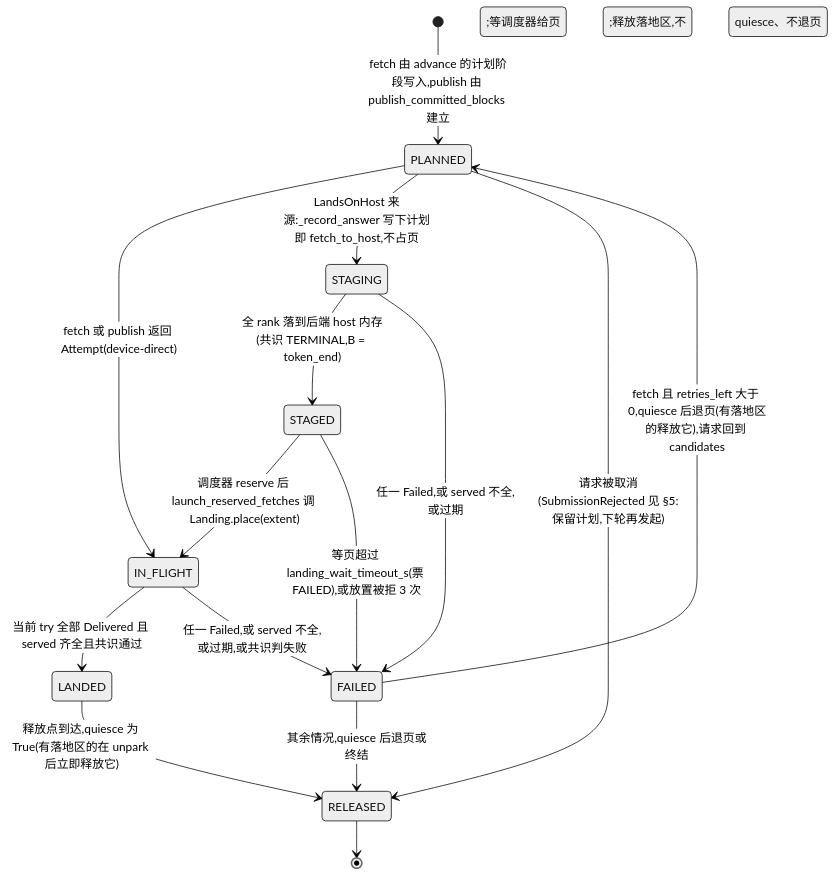
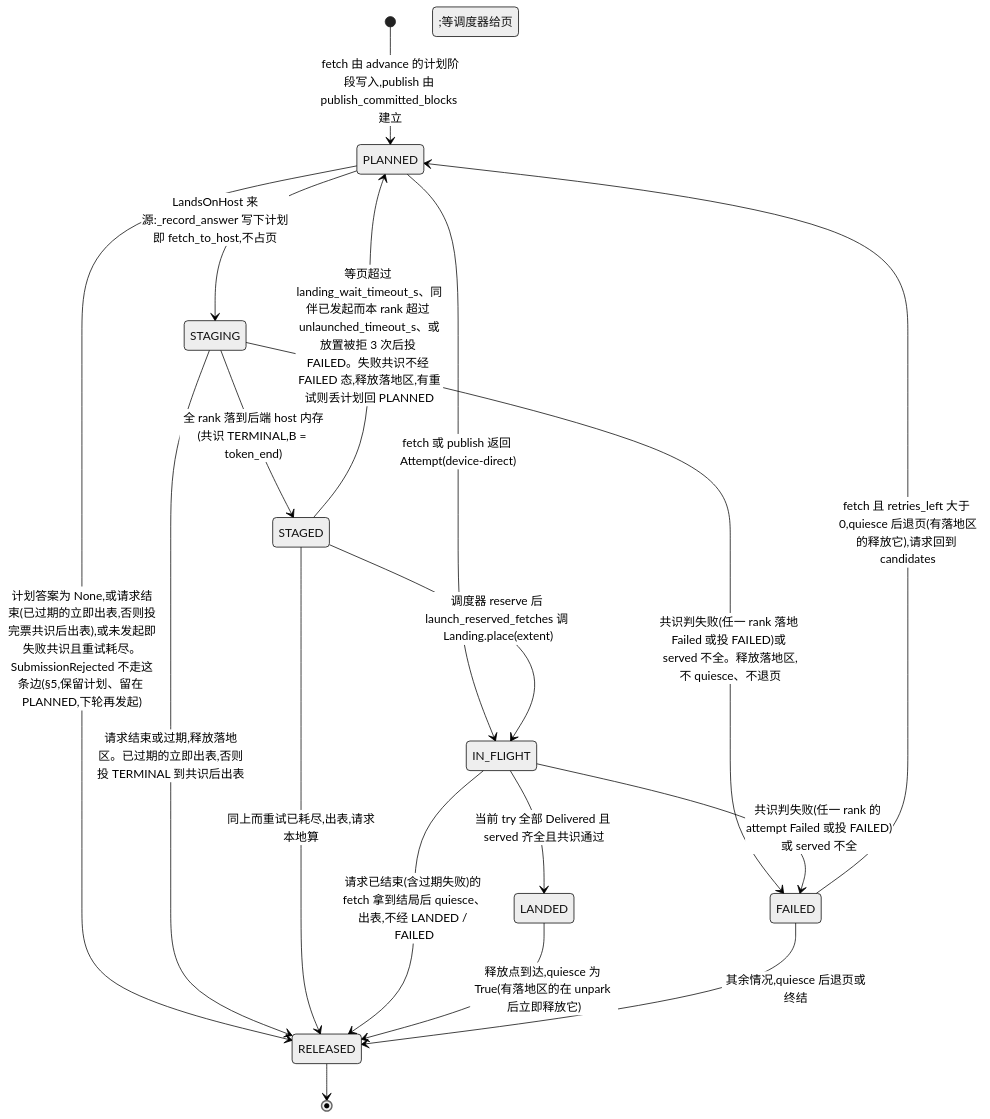
One commit to chuangz0/TensorRT-LLM changed the fourth of 6 diagrams in docs/shared/KV_TRANSFER_COORDINATOR_DESIGN.zh.md. Above: the diagram before and after it, drawn with Mermaid (neutral theme). The commit also changed other lines of this file and 20 other files, not shown here.

````diff
--- a/docs/shared/KV_TRANSFER_COORDINATOR_DESIGN.zh.md
+++ b/docs/shared/KV_TRANSFER_COORDINATOR_DESIGN.zh.md
@@ -260,17 +263,20 @@
 ```mermaid
 stateDiagram-v2
     [*] --> PLANNED: fetch 由 advance 的计划阶段写入,publish 由 publish_committed_blocks 建立
     PLANNED --> IN_FLIGHT: fetch 或 publish 返回 Attempt(device-direct)
     PLANNED --> STAGING: LandsOnHost 来源:_record_answer 写下计划即 fetch_to_host,不占页
-    PLANNED --> RELEASED: 请求被取消(SubmissionRejected 见 §5:保留计划,下轮再发起)
+    PLANNED --> RELEASED: 计划答案为 None,或请求结束(已过期的立即出表,否则投完票共识后出表),或未发起即失败共识且重试耗尽。SubmissionRejected 不走这条边(§5,保留计划、留在 PLANNED,下轮再发起)
     STAGING --> STAGED: 全 rank 落到后端 host 内存(共识 TERMINAL,B = token_end);等调度器给页
-    STAGING --> FAILED: 任一 Failed,或 served 不全,或过期;释放落地区,不 quiesce、不退页
+    STAGING --> FAILED: 共识判失败(任一 rank 落地 Failed 或投 FAILED)或 served 不全。释放落地区,不 quiesce、不退页
+    STAGING --> RELEASED: 请求结束或过期,释放落地区。已过期的立即出表,否则投 TERMINAL 到共识后出表
     STAGED --> IN_FLIGHT: 调度器 reserve 后 launch_reserved_fetches 调 Landing.place(extent)
-    STAGED --> FAILED: 等页超过 landing_wait_timeout_s(票 FAILED),或放置被拒 3 次
+    STAGED --> PLANNED: 等页超过 landing_wait_timeout_s、同伴已发起而本 rank 超过 unlaunched_timeout_s、或放置被拒 3 次后投 FAILED。失败共识不经 FAILED 态,释放落地区,有重试则丢计划回 PLANNED
+    STAGED --> RELEASED: 同上而重试已耗尽,出表,请求本地算
     IN_FLIGHT --> LANDED: 当前 try 全部 Delivered 且 served 齐全且共识通过
-    IN_FLIGHT --> FAILED: 任一 Failed,或 served 不全,或过期,或共识判失败
+    IN_FLIGHT --> FAILED: 共识判失败(任一 rank 的 attempt Failed 或投 FAILED)或 served 不全
+    IN_FLIGHT --> RELEASED: 请求已结束(含过期失败)的 fetch 拿到结局后 quiesce、出表,不经 LANDED / FAILED
     LANDED --> RELEASED: 释放点到达,quiesce 为 True(有落地区的在 unpark 后立即释放它)
     FAILED --> PLANNED: fetch 且 retries_left 大于 0,quiesce 后退页(有落地区的释放它),请求回到 candidates
     FAILED --> RELEASED: 其余情况,quiesce 后退页或终结
     RELEASED --> [*]
 ```
````
